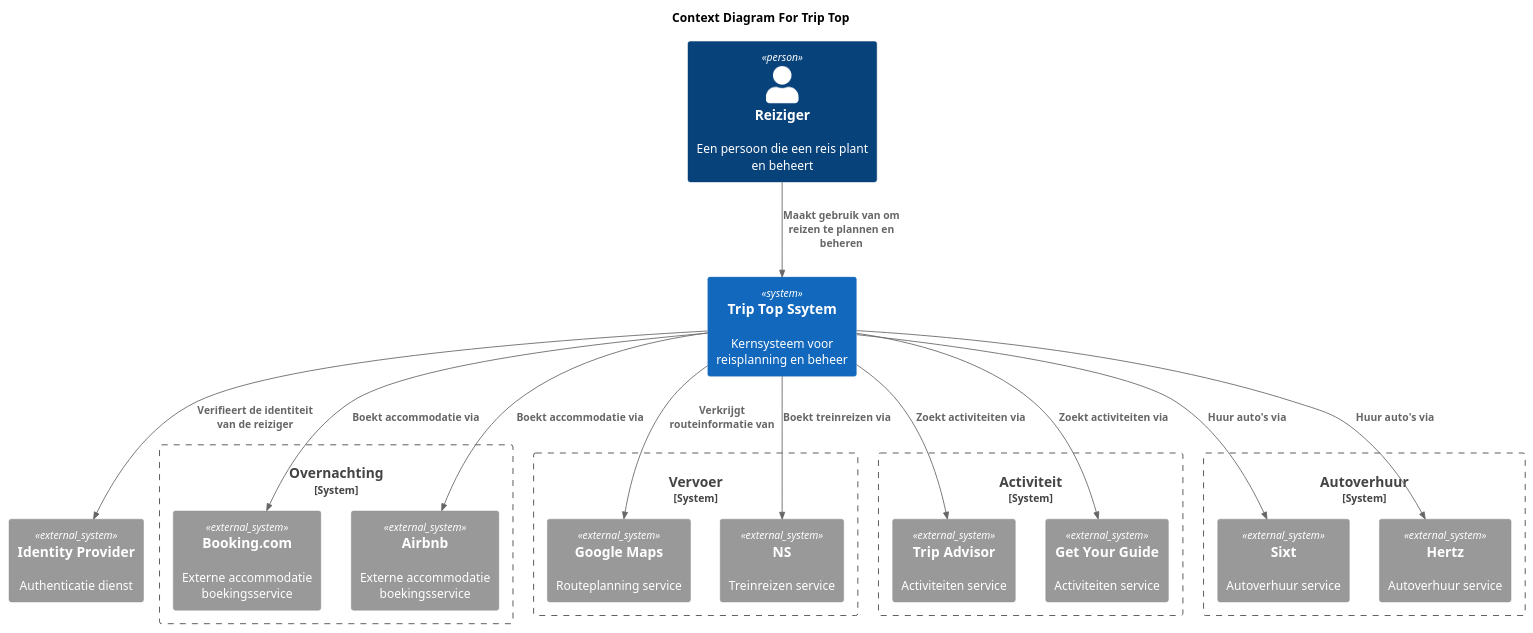
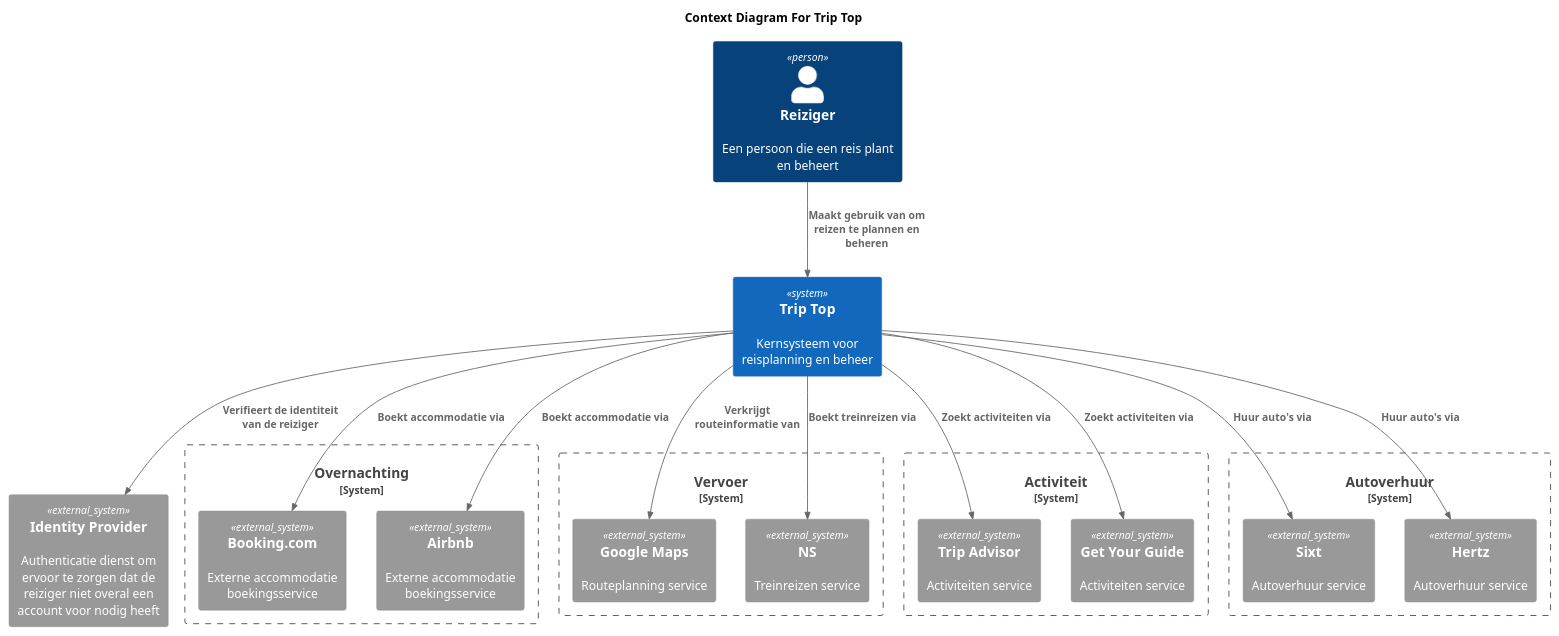
One commit to AIM-ENE-feb25/triptop-sqr-tech changed the diagram in W1L2V/ContextDiagramTTS.plantuml. Above: the diagram before and after it, drawn with PlantUML. The commit also changed 1 other file, not shown here.

```diff
--- a/W1L2V/ContextDiagramTTS.plantuml
+++ b/W1L2V/ContextDiagramTTS.plantuml
@@ -1,43 +1,43 @@
 @startuml
 !include https://raw.githubusercontent.com/plantuml-stdlib/C4-PlantUML/master/C4_Context.puml
 
 title Context Diagram For Trip Top
 
 Person(reiziger, "Reiziger", "Een persoon die een reis plant en beheert")
 
-System(tts, "Trip Top Ssytem", "Kernsysteem voor reisplanning en beheer")
+System(tts, "Trip Top", "Kernsysteem voor reisplanning en beheer")
 
 System_Boundary(accommodatie, "Overnachting") {
     System_Ext(bookingCom, "Booking.com", "Externe accommodatie boekingsservice")
     System_Ext(airbnb, "Airbnb", "Externe accommodatie boekingsservice")
 }
 
 System_Boundary(vervoer, "Vervoer") {
     System_Ext(googleMaps, "Google Maps", "Routeplanning service")
     System_Ext(ns, "NS", "Treinreizen service")
 }
 
 System_Boundary(act, "Activiteit") {
     System_Ext(tripAdvisor, "Trip Advisor", "Activiteiten service")
     System_Ext(gyg, "Get Your Guide", "Activiteiten service")
 }
 
 System_Boundary(autoVerhuur, "Autoverhuur") {
     System_Ext(sixt, "Sixt", "Autoverhuur service")
     System_Ext(hertz, "Hertz", "Autoverhuur service")
 }
 
-System_Ext(ip, "Identity Provider", "Authenticatie dienst")
+System_Ext(ip, "Identity Provider", "Authenticatie dienst om ervoor te zorgen dat de reiziger niet overal een account voor nodig heeft")
 
 Rel(reiziger, tts, "Maakt gebruik van om reizen te plannen en beheren")
 Rel(tts, bookingCom, "Boekt accommodatie via")
 Rel(tts, airbnb, "Boekt accommodatie via")
 Rel(tts, googleMaps, "Verkrijgt routeinformatie van")
 Rel(tts, ns, "Boekt treinreizen via")
 Rel(tts, ip, "Verifieert de identiteit van de reiziger")
 Rel(tts, tripAdvisor, "Zoekt activiteiten via")
 Rel(tts, gyg, "Zoekt activiteiten via")
 Rel(tts, sixt, "Huur auto's via")
 Rel(tts, hertz, "Huur auto's via")
 
 @enduml
```
